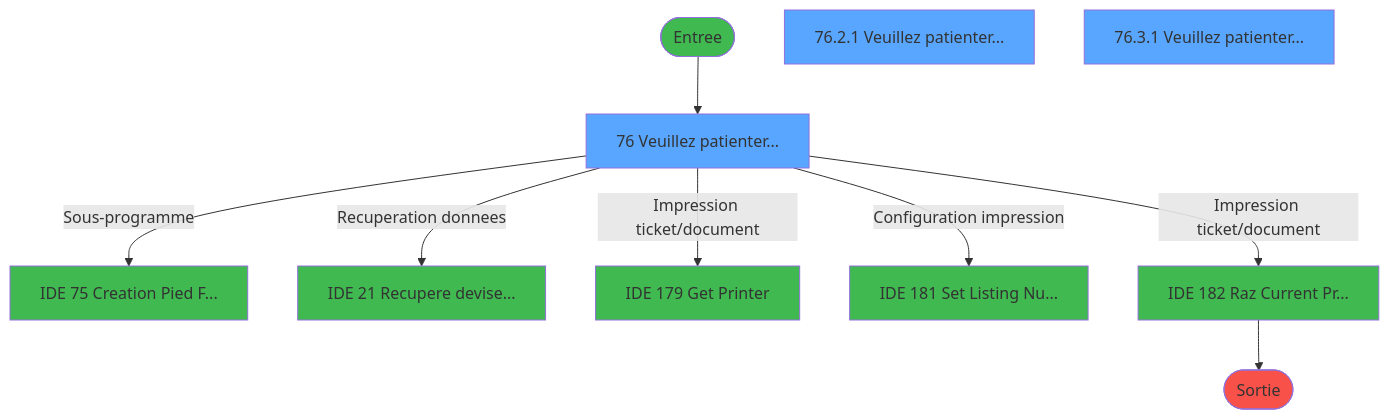
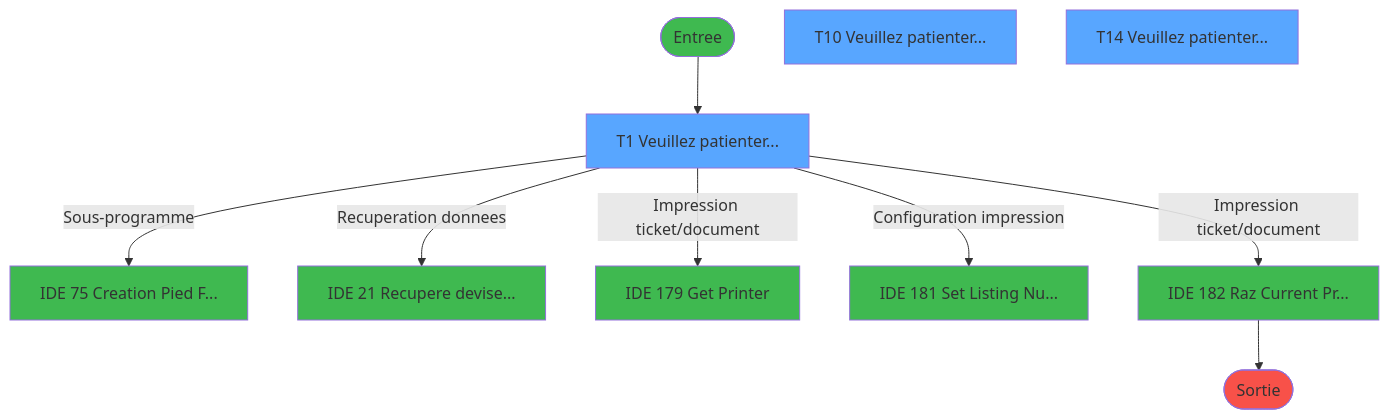
One commit to thonyAGP/magic-migration changed the first of 4 diagrams in .openspec/specs/ADH-IDE-76.md. Above: the diagram before and after it, drawn with Mermaid. The commit also changed other lines of this file and 311 other files, not shown here.

````diff
--- a/.openspec/specs/ADH-IDE-76.md
+++ b/.openspec/specs/ADH-IDE-76.md
@@ -495,30 +495,30 @@
 ```mermaid
 flowchart TD
     START([Entree])
     style START fill:#3fb950
-    VF1[76 Veuillez patienter...]
+    VF1[T1 Veuillez patienter...]
     style VF1 fill:#58a6ff
-    VF10[76.2.1 Veuillez patienter...]
+    VF10[T10 Veuillez patienter...]
     style VF10 fill:#58a6ff
-    VF14[76.3.1 Veuillez patienter...]
+    VF14[T14 Veuillez patienter...]
     style VF14 fill:#58a6ff
     EXT75[IDE 75 Creation Pied F...]
     style EXT75 fill:#3fb950
     EXT21[IDE 21 Recupere devise...]
     style EXT21 fill:#3fb950
     EXT179[IDE 179 Get Printer]
     style EXT179 fill:#3fb950
     EXT181[IDE 181 Set Listing Nu...]
     style EXT181 fill:#3fb950
     EXT182[IDE 182 Raz Current Pr...]
     style EXT182 fill:#3fb950
     FIN([Sortie])
     style FIN fill:#f85149
     START --> VF1
     VF1 -->|Sous-programme| EXT75
     VF1 -->|Recuperation donnees| EXT21
     VF1 -->|Impression ticket/document| EXT179
     VF1 -->|Configuration impression| EXT181
     VF1 -->|Impression ticket/document| EXT182
     EXT182 --> FIN
 ```
````
